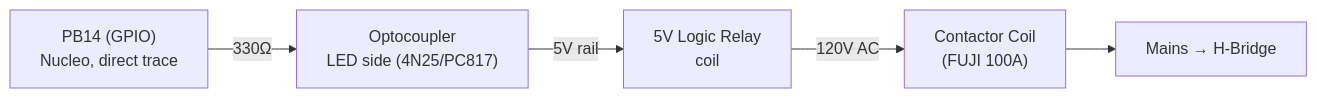
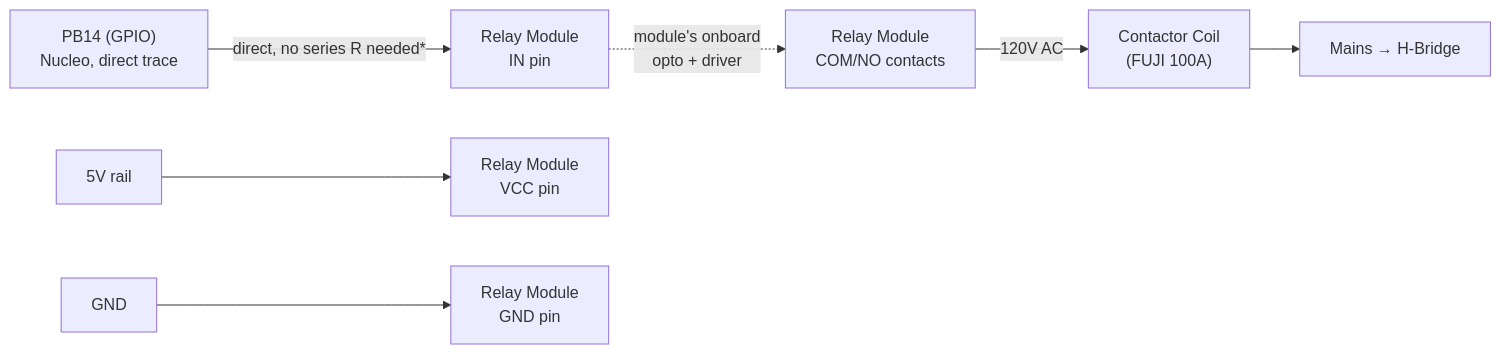
One commit to metanurb21/Nucleo-induction-heater changed the fifth of 6 diagrams in docs/BOARD_V2_DIRECT.md. Above: the diagram before and after it, drawn with Mermaid. The commit also changed other lines of this file, not shown here.

First line of the commit message:
Correct contactor wiring: pre-built relay module, not discrete opto+diode+relay

````diff
--- a/docs/BOARD_V2_DIRECT.md
+++ b/docs/BOARD_V2_DIRECT.md
@@ -411,7 +418,9 @@
 ```mermaid
 graph LR
-    PB14["PB14 (GPIO)<br/>Nucleo, direct trace"] -->|"330Ω"| OPTO["Optocoupler<br/>LED side (4N25/PC817)"]
-    OPTO -->|"5V rail"| RELAY["5V Logic Relay<br/>coil"]
-    RELAY -->|"120V AC"| COIL["Contactor Coil<br/>(FUJI 100A)"]
+    PB14["PB14 (GPIO)<br/>Nucleo, direct trace"] -->|"direct, no series R needed*"| IN["Relay Module<br/>IN pin"]
+    V5["5V rail"] --> VCC["Relay Module<br/>VCC pin"]
+    GND["GND"] --> GNDM["Relay Module<br/>GND pin"]
+    IN -.->|"module's onboard<br/>opto + driver"| RELAY_OUT["Relay Module<br/>COM/NO contacts"]
+    RELAY_OUT -->|"120V AC"| COIL["Contactor Coil<br/>(FUJI 100A)"]
     COIL --> MAINS["Mains → H-Bridge"]
 ```
````
